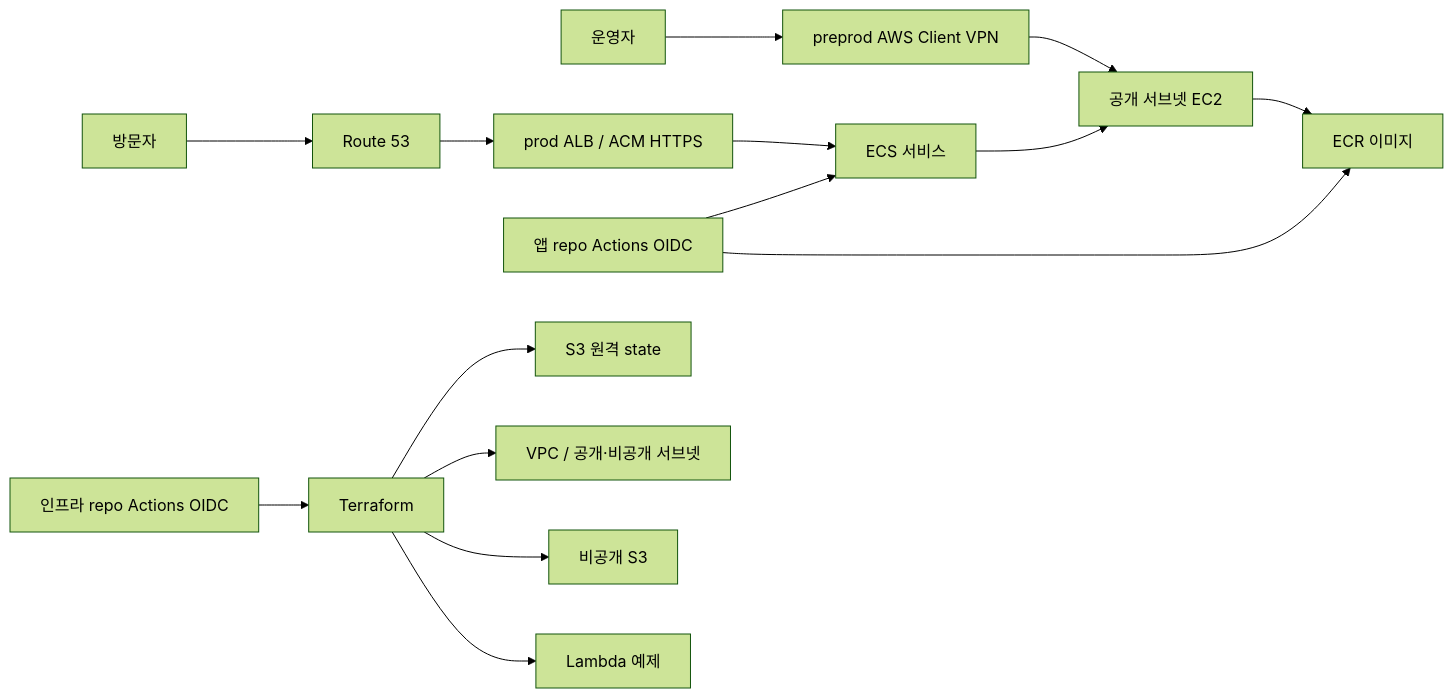
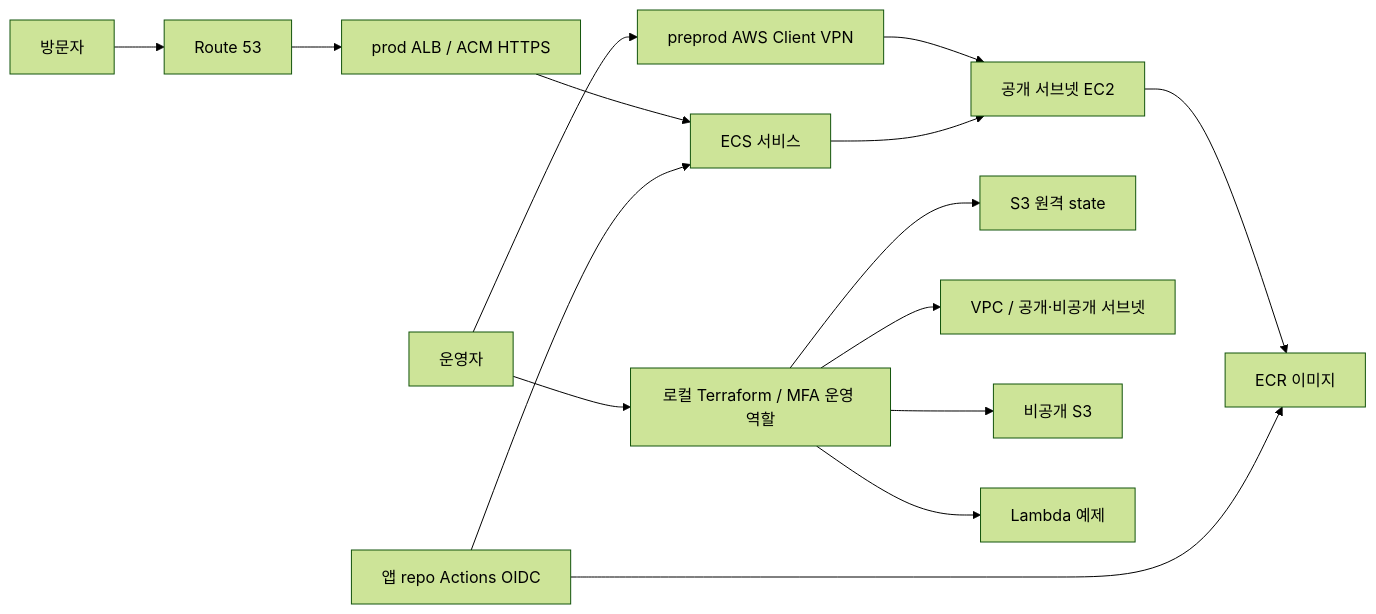
The first of 2 diagrams in docs/architecture.md (ban-dal/aws-ecs-fullstack-app), drawn with Mermaid (forest theme) before and after one commit. The commit also changed other lines of this file and 23 other files, not shown here.

Commit message:
Apply all Terraform roots locally and remove infra GitHub roles

````diff
--- a/docs/architecture.md
+++ b/docs/architecture.md
@@ -5,17 +5,17 @@
 ```mermaid
 flowchart LR
   Browser[방문자] --> DNS[Route 53]
   DNS --> ALB[prod ALB / ACM HTTPS]
   ALB --> ECS[ECS 서비스]
   Operator[운영자] --> VPN[preprod AWS Client VPN]
   VPN --> EC2
   ECS --> EC2[공개 서브넷 EC2]
   EC2 --> ECR[ECR 이미지]
-  InfraCI[인프라 repo Actions OIDC] --> TF[Terraform]
+  Operator --> TF[로컬 Terraform / MFA 운영 역할]
   AppCI[앱 repo Actions OIDC] --> ECR
   AppCI --> ECS
   TF --> State[S3 원격 state]
   TF --> VPC[VPC / 공개·비공개 서브넷]
   TF --> Assets[비공개 S3]
   TF --> Lambda[Lambda 예제]
 ```
````
